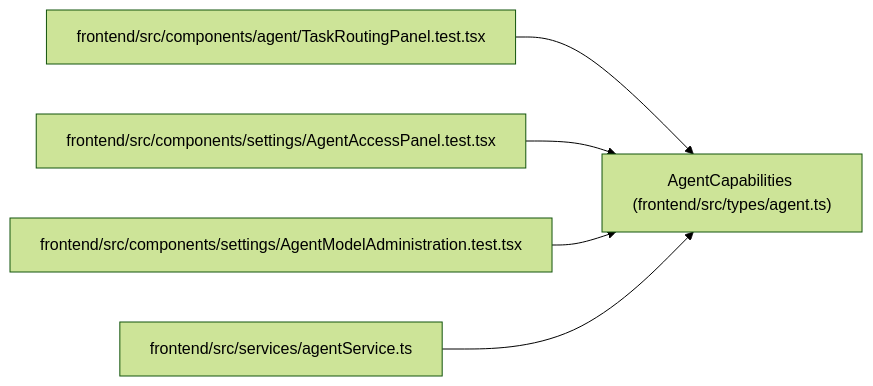
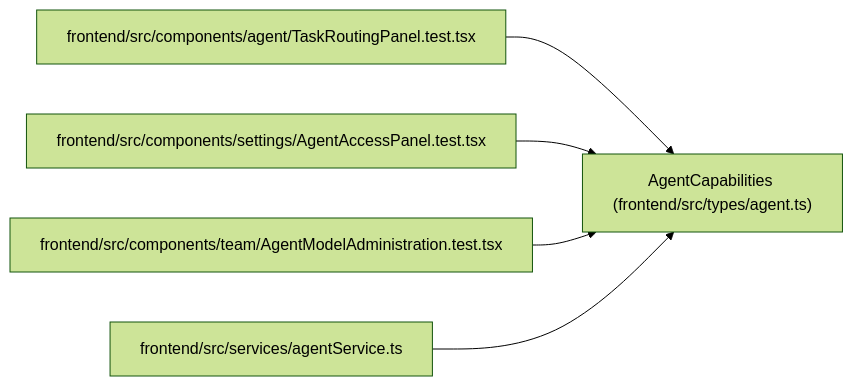
One commit to Denissvgn/WorkChord changed the diagram in docs/llm_wiki/entities/AgentCapabilities.md. Above: the diagram before and after it, drawn with Mermaid (forest theme). The commit also changed 2373 other files, not shown here.

````diff
--- a/docs/llm_wiki/entities/AgentCapabilities.md
+++ b/docs/llm_wiki/entities/AgentCapabilities.md
@@ -37,17 +37,17 @@
 ```mermaid
 flowchart LR
     n0["AgentCapabilities (frontend/src/types/agent.ts)"]
     n1["frontend/src/components/agent/TaskRoutingPanel.test.tsx"]
     n2["frontend/src/components/settings/AgentAccessPanel.test.tsx"]
-    n3["frontend/src/components/settings/AgentModelAdministration.test.tsx"]
+    n3["frontend/src/components/team/AgentModelAdministration.test.tsx"]
     n4["frontend/src/services/agentService.ts"]
     n1 --> n0
     n2 --> n0
     n3 --> n0
     n4 --> n0
     click n0 "../modules/types_agent.md"
     click n1 "../modules/TaskRoutingPanel.test.md"
     click n2 "../modules/AgentAccessPanel.test.md"
     click n3 "../modules/AgentModelAdministration.test.md"
     click n4 "../modules/agentService.md"
 ```
````
